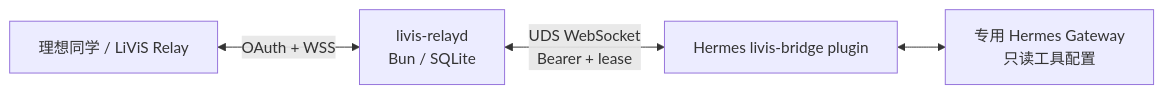
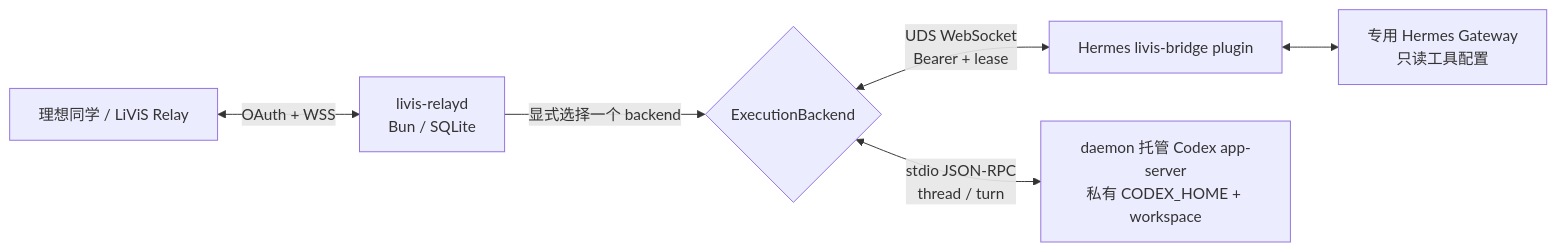
The diagram in README.md (Jassy930/livis-relay-daemon), drawn with Mermaid before and after one commit. The commit also changed other lines of this file and 28 other files, not shown here.

Commit message:
feat: add daemon-owned Codex app-server backend

````diff
--- a/README.md
+++ b/README.md
@@ -12,6 +12,8 @@
 ```mermaid
 flowchart LR
     L["理想同学 / LiViS Relay"] <-->|"OAuth + WSS"| D["livis-relayd\nBun / SQLite"]
-    D <-->|"UDS WebSocket\nBearer + lease"| P["Hermes livis-bridge plugin"]
+    D -->|"显式选择一个 backend"| B{"ExecutionBackend"}
+    B <-->|"UDS WebSocket\nBearer + lease"| P["Hermes livis-bridge plugin"]
     P <--> H["专用 Hermes Gateway\n只读工具配置"]
+    B <-->|"stdio JSON-RPC\nthread / turn"| C["daemon 托管 Codex app-server\n私有 CODEX_HOME + workspace"]
 ```
````
